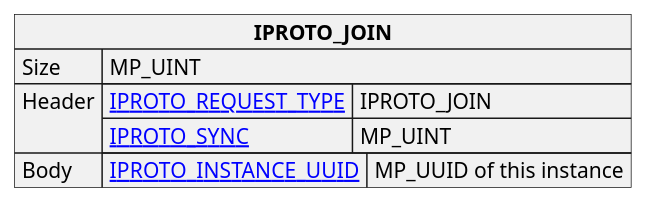
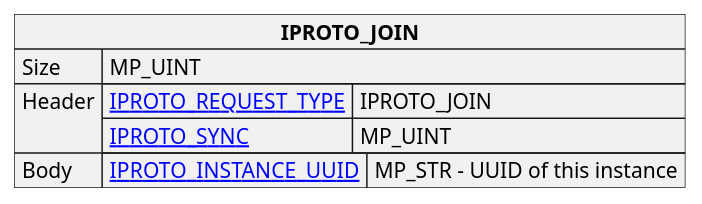
The diagram in doc/dev_guide/internals/iproto/images/repl_join_request.puml (tarantool/doc), drawn with PlantUML before and after one commit. The commit also changed 5 other files, not shown here.

```diff
--- a/doc/dev_guide/internals/iproto/images/repl_join_request.puml
+++ b/doc/dev_guide/internals/iproto/images/repl_join_request.puml
@@ -1,21 +1,21 @@
 @startuml
 
 skinparam map {
     HyperlinkColor #0077FF
     FontColor #313131
     BorderColor #313131
     BackgroundColor transparent
 }
 
 json "**IPROTO_JOIN**" as join_request {
     "Size": "MP_UINT",
     "Header": {
       "[[https://tarantool.io/en/doc/latest/dev_guide/internals/iproto/keys IPROTO_REQUEST_TYPE]]": "IPROTO_JOIN",
       "[[https://tarantool.io/en/doc/latest/dev_guide/internals/iproto/keys IPROTO_SYNC]]": "MP_UINT"
     },
     "Body": {
-      "[[https://tarantool.io/en/doc/latest/dev_guide/internals/iproto/keys IPROTO_INSTANCE_UUID]]": "MP_UUID of this instance"
+      "[[https://tarantool.io/en/doc/latest/dev_guide/internals/iproto/keys IPROTO_INSTANCE_UUID]]": "MP_STR – UUID of this instance"
     }
 }
 
 @enduml
```
